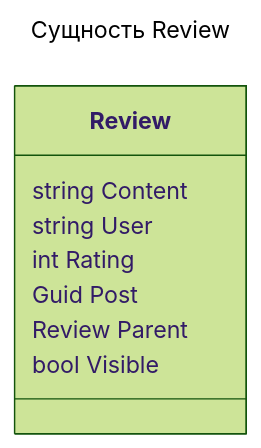
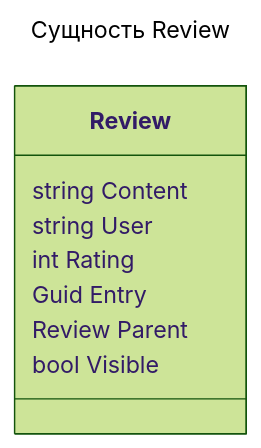
One commit to GitHubVasilev/Blog changed the fourth of 6 diagrams in readme.md. Above: the diagram before and after it, drawn with Mermaid (forest theme). The commit also changed other lines of this file and 11 other files, not shown here.

````diff
--- a/readme.md
+++ b/readme.md
@@ -147,14 +146,14 @@
 ``` mermaid
 ---
 title: Сущность Review
 ---
 classDiagram
 class Review {
 	string Content
 	string User
 	int Rating
-	Guid Post
+	Guid Entry
 	Review Parent
 	bool Visible
 }
 ```
````
